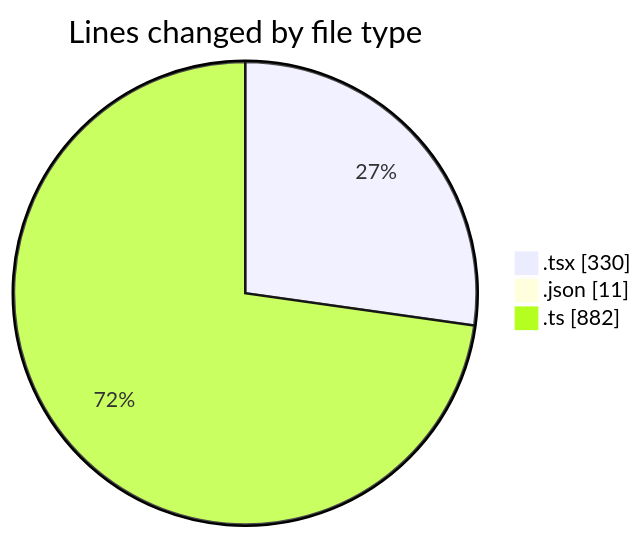
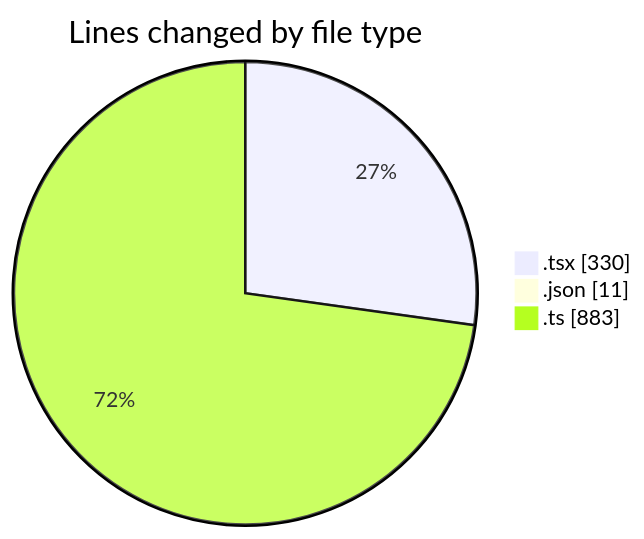
One commit to momahboobian/code-tracking changed the first of 2 diagrams in 2025-05-12/cda/README.md. Above: the diagram before and after it, drawn with Mermaid. The commit also changed other lines of this file and 1 other file, not shown here.

````diff
--- a/2025-05-12/cda/README.md
+++ b/2025-05-12/cda/README.md
@@ -31,7 +31,7 @@
 ```mermaid
 pie showData
 title Lines changed by file type
 ".tsx" : 330
 ".json" : 11
-".ts" : 882
+".ts" : 883
 ```
````
